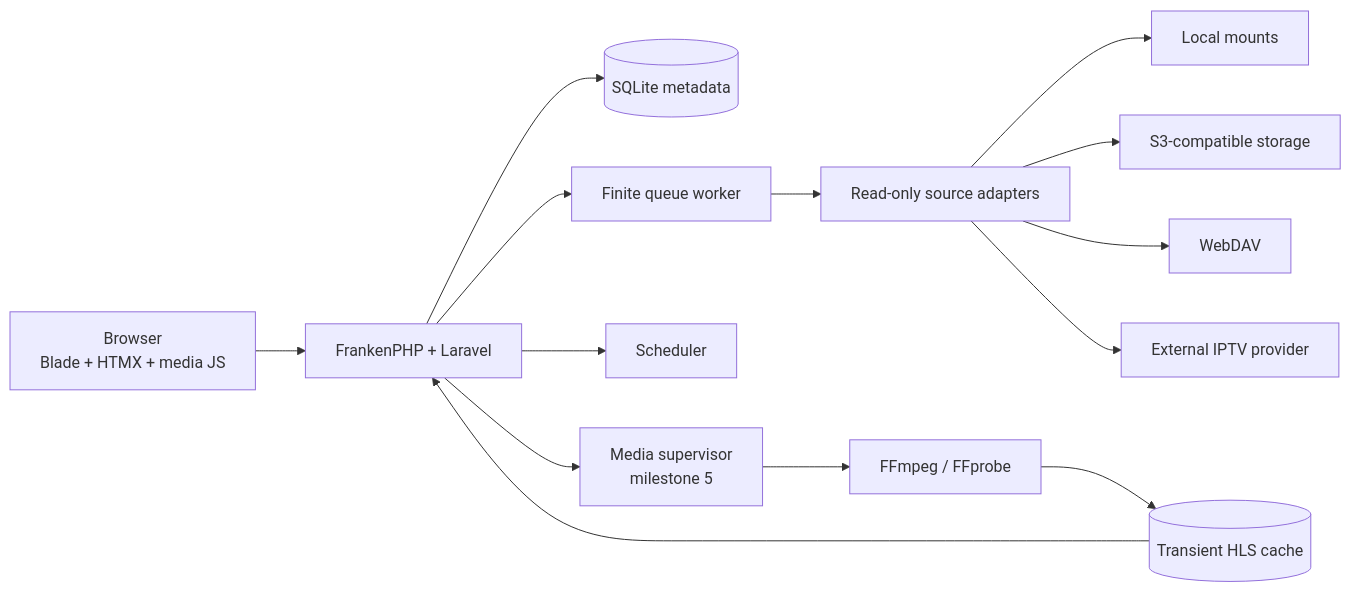
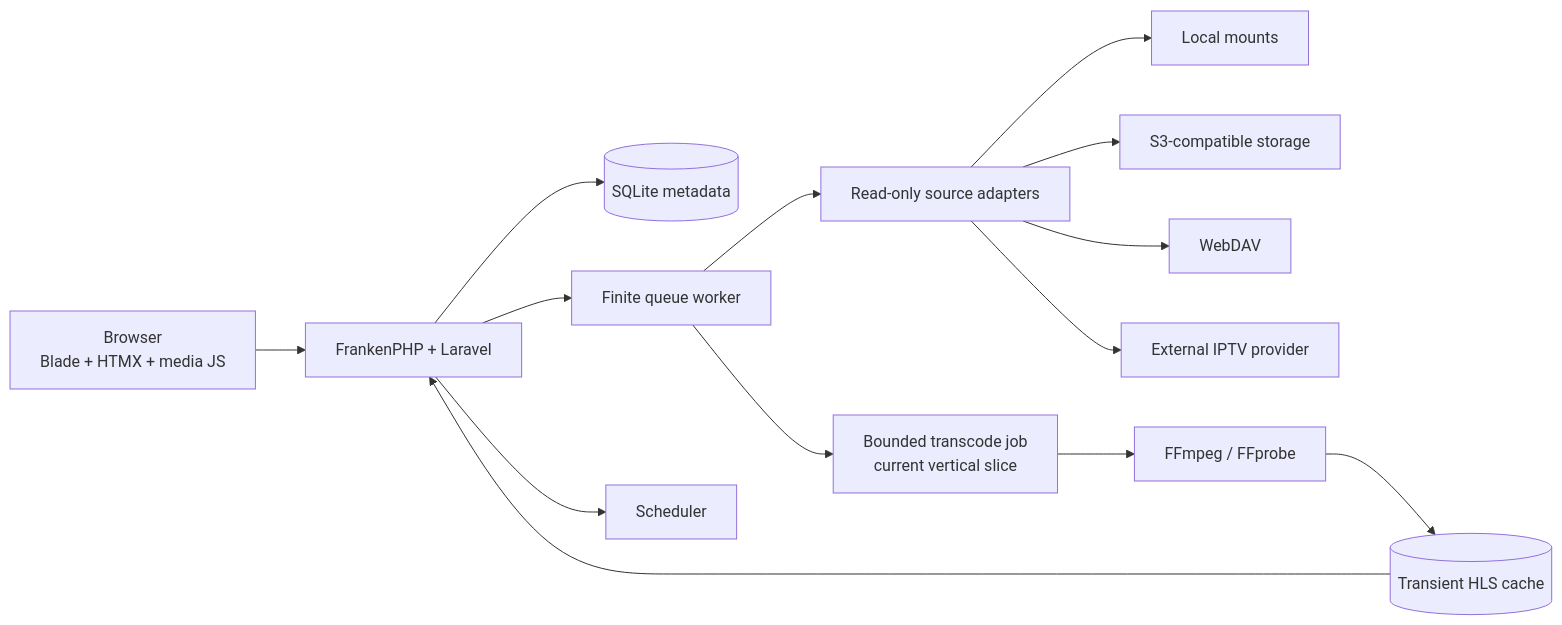
The diagram in docs/ARCHITECTURE.md (killer1loop/odissey), drawn with Mermaid before and after one commit. The commit also changed other lines of this file and 156 other files, not shown here.

Commit message:
Add secure media and IPTV vertical slice

````diff
--- a/docs/ARCHITECTURE.md
+++ b/docs/ARCHITECTURE.md
@@ -19,16 +19,16 @@
 ```mermaid
 flowchart LR
     B["Browser<br>Blade + HTMX + media JS"] --> W["FrankenPHP + Laravel"]
     W --> D[("SQLite metadata")]
     W --> Q["Finite queue worker"]
     W --> S["Scheduler"]
     Q --> A["Read-only source adapters"]
     A --> L["Local mounts"]
     A --> O["S3-compatible storage"]
     A --> V["WebDAV"]
     A --> I["External IPTV provider"]
-    W --> M["Media supervisor<br>milestone 5"]
+    Q --> M["Bounded transcode job<br>current vertical slice"]
     M --> F["FFmpeg / FFprobe"]
     F --> T[("Transient HLS cache")]
     T --> W
 ```
````
